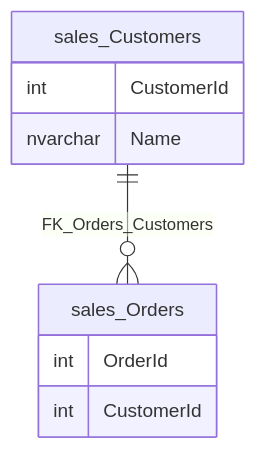
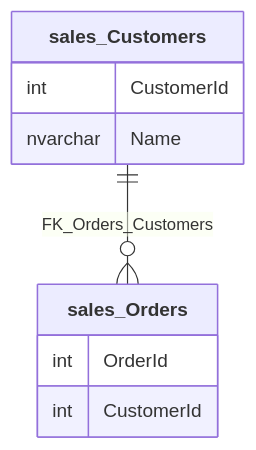
Before and after one commit to SimonCropp/DbToMermaid: the diagram in src/SqlServerToMermaid.Tests/Tests.RenderMarkdownFromScriptWithSchema.verified.md, drawn with Mermaid. The commit also changed 13 other files, not shown here.

````diff
--- a/src/SqlServerToMermaid.Tests/Tests.RenderMarkdownFromScriptWithSchema.verified.md
+++ b/src/SqlServerToMermaid.Tests/Tests.RenderMarkdownFromScriptWithSchema.verified.md
@@ -1,12 +1,12 @@
 ```mermaid
 erDiagram
-  sales_Customers {
+  sales_Customers["**sales_Customers**"] {
     int CustomerId
     nvarchar Name
   }
-  sales_Orders {
+  sales_Orders["**sales_Orders**"] {
     int OrderId
     int CustomerId
   }
   sales_Customers ||--o{ sales_Orders : "FK_Orders_Customers"
 ```
````
